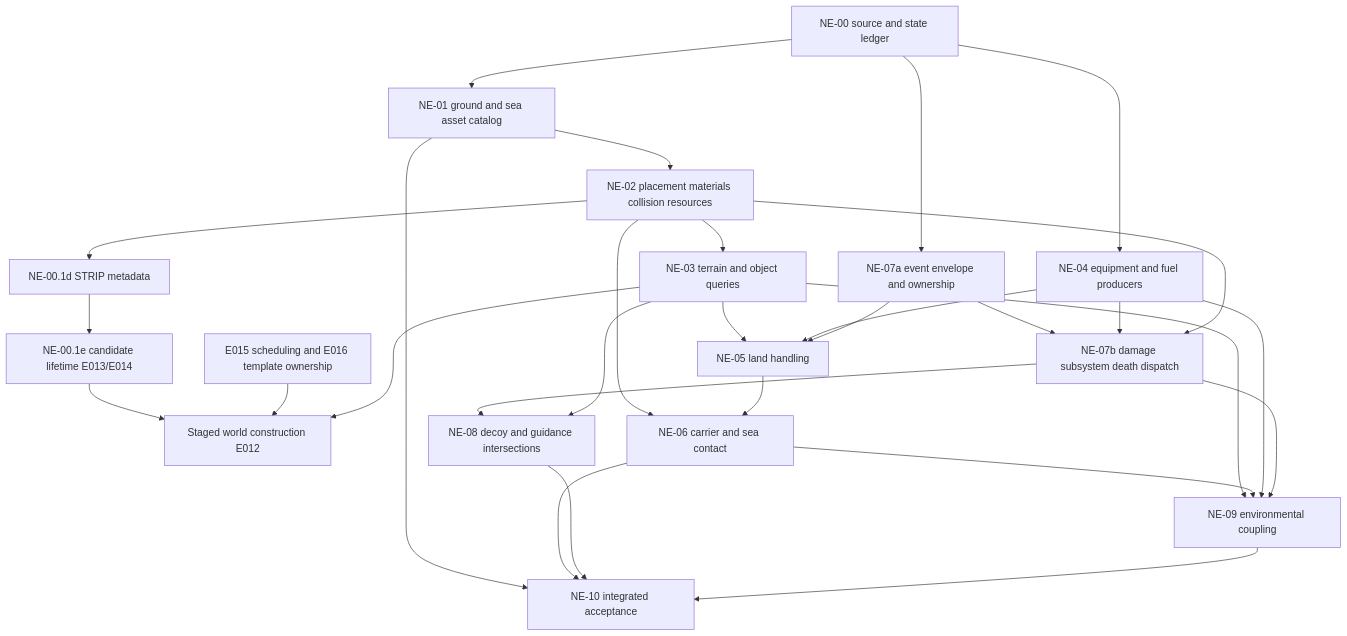
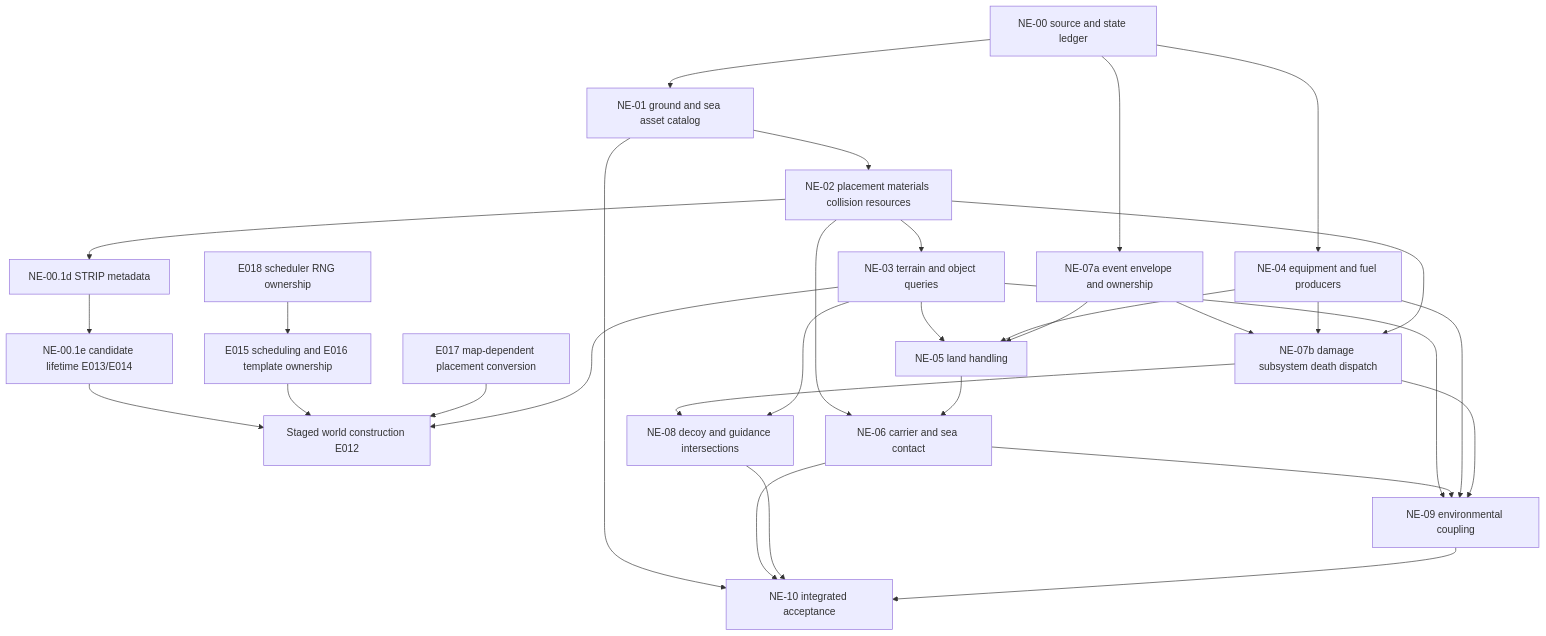
One commit to john-overton/T.O.R.E-Fighters changed the diagram in docs/native-environment-systems-plan.md. Above: the diagram before and after it, drawn with Mermaid. The commit also changed other lines of this file and 5 other files, not shown here.

Commit message:
Recover STRIP placement conversion and scheduling dependencies

````diff
--- a/docs/native-environment-systems-plan.md
+++ b/docs/native-environment-systems-plan.md
@@ -161,31 +164,33 @@
 ```mermaid
 flowchart TD
   A[NE-00 source and state ledger] --> B[NE-01 ground and sea asset catalog]
   B --> C[NE-02 placement materials collision resources]
   C --> S[NE-00.1d STRIP metadata]
   S --> R[NE-00.1e candidate lifetime E013/E014]
   R --> W[Staged world construction E012]
   T[E015 scheduling and E016 template ownership] --> W
+  U[E018 scheduler RNG ownership] --> T
+  V[E017 map-dependent placement conversion] --> W
   F --> W
   A --> D[NE-04 equipment and fuel producers]
   A --> E[NE-07a event envelope and ownership]
   C --> F[NE-03 terrain and object queries]
   F --> G[NE-05 land handling]
   D --> G
   E --> G
   C --> H[NE-06 carrier and sea contact]
   G --> H
   E --> I[NE-07b damage subsystem death dispatch]
   D --> I
   C --> I
   I --> J[NE-08 decoy and guidance intersections]
   F --> J
   F --> K[NE-09 environmental coupling]
   H --> K
   D --> K
   I --> K
   B --> L[NE-10 integrated acceptance]
   H --> L
   J --> L
   K --> L
 ```
````
